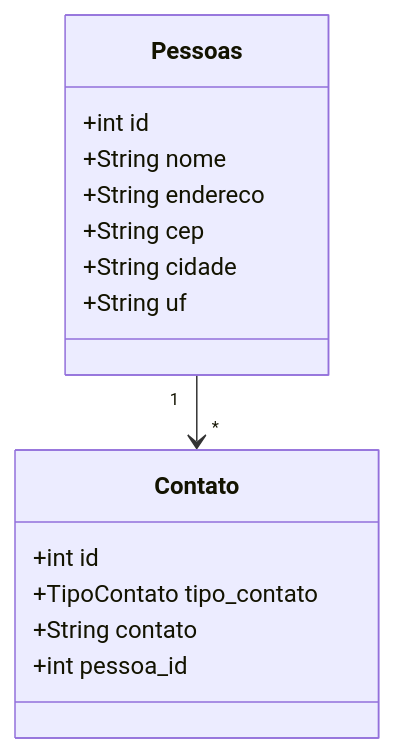
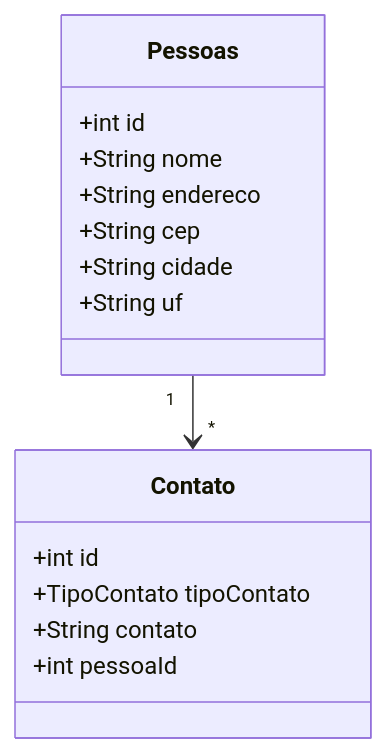
Before and after one commit to yuricn0/api-pessoas-contatos: the diagram in README.md, drawn with Mermaid. The commit also changed other lines of this file, not shown here.

````diff
--- a/README.md
+++ b/README.md
@@ -49,19 +49,19 @@
 ```mermaid
 classDiagram
     class Pessoas {
         +int id
         +String nome
         +String endereco
         +String cep
         +String cidade
         +String uf
     }
 
     class Contato {
         +int id
-        +TipoContato tipo_contato
+        +TipoContato tipoContato
         +String contato
-        +int pessoa_id
+        +int pessoaId
     }
  Pessoas "1" --> "*" Contato
 ```
````
